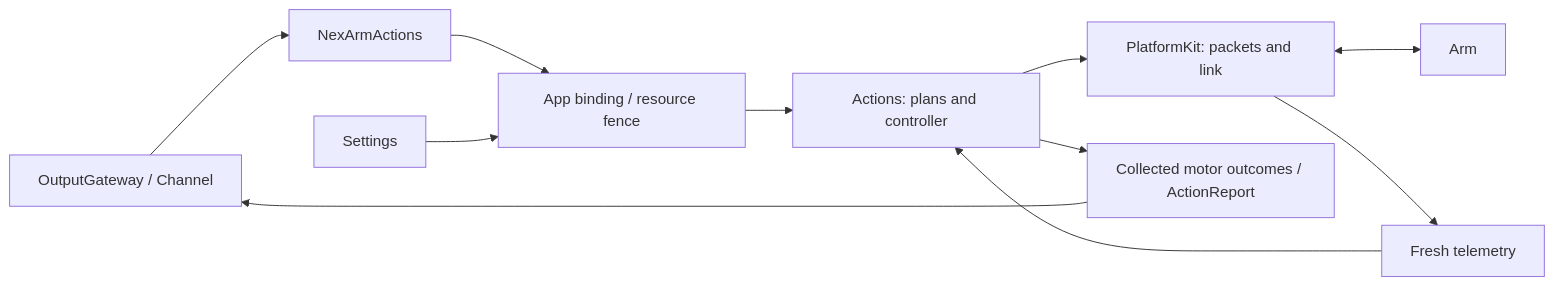
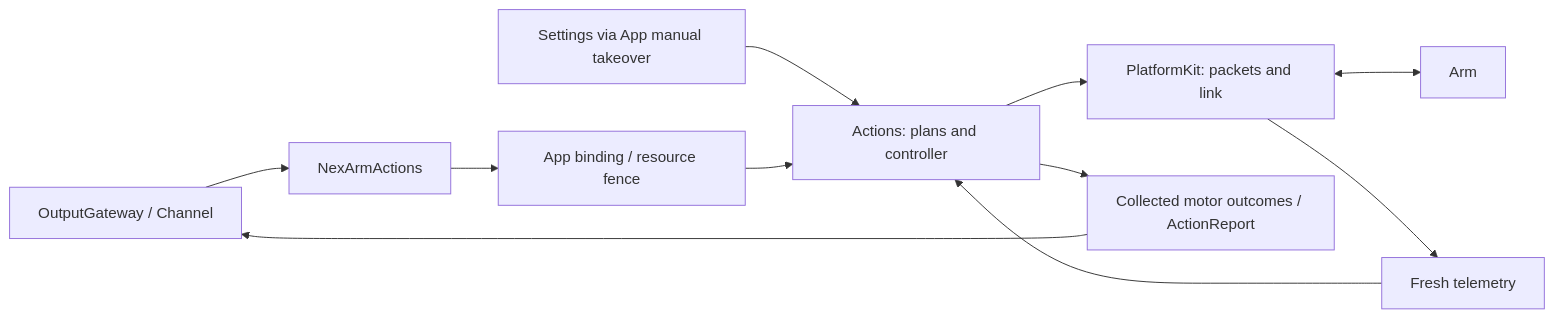
One commit to devilyouwei/MobileHarness changed the first of 3 diagrams in MobileHarness/Actions/NexArm/README.md. Above: the diagram before and after it, drawn with Mermaid. The commit also changed other lines of this file and 70 other files, not shown here.

````diff
--- a/MobileHarness/Actions/NexArm/README.md
+++ b/MobileHarness/Actions/NexArm/README.md
@@ -9,13 +9,13 @@
 ```mermaid
 flowchart LR
     Channel[OutputGateway / Channel] --> Entry[NexArmActions]
     Entry --> App[App binding / resource fence]
-    Settings[Settings] --> App
+    Settings[Settings via App manual takeover] --> Domain
     App --> Domain[Actions: plans and controller]
     Domain --> SDK[PlatformKit: packets and link]
     SDK <--> Device[Arm]
     SDK --> Feedback[Fresh telemetry]
     Feedback --> Domain
     Domain --> Results[Collected motor outcomes / ActionReport]
     Results --> Channel
 ```
````
